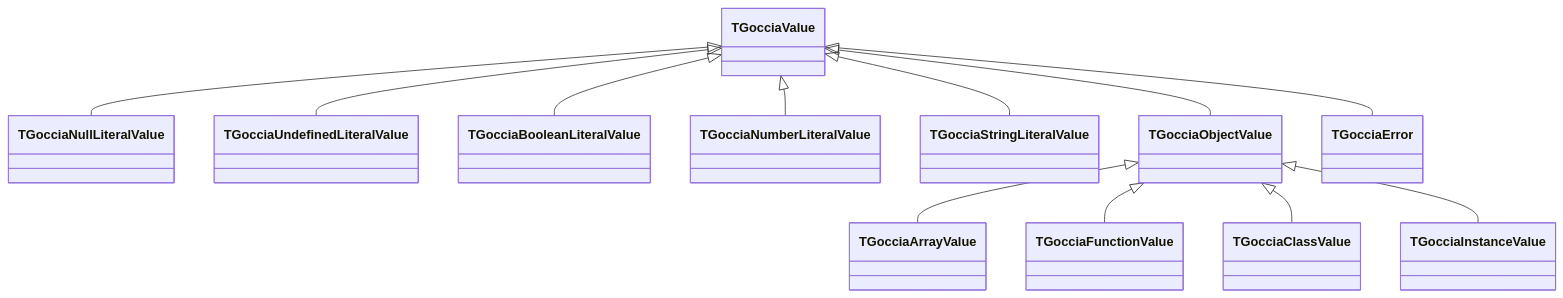
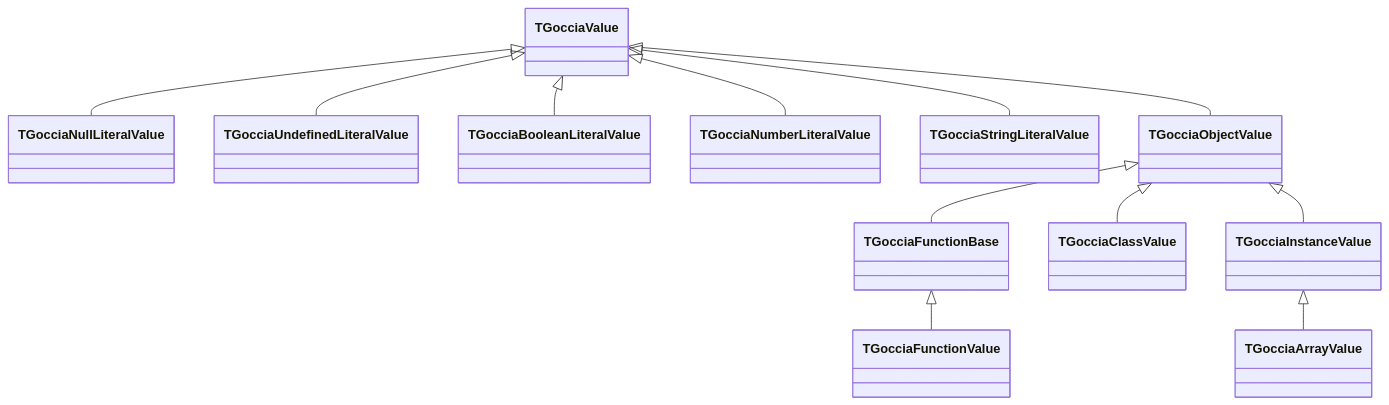
Before and after one commit to frostney/GocciaScript: the diagram in docs/core-patterns.md, drawn with Mermaid. The commit also changed other lines of this file and 4 other files, not shown here.

````diff
--- a/docs/core-patterns.md
+++ b/docs/core-patterns.md
@@ -255,15 +276,15 @@
 ```mermaid
 classDiagram
     TGocciaValue <|-- TGocciaNullLiteralValue
     TGocciaValue <|-- TGocciaUndefinedLiteralValue
     TGocciaValue <|-- TGocciaBooleanLiteralValue
     TGocciaValue <|-- TGocciaNumberLiteralValue
     TGocciaValue <|-- TGocciaStringLiteralValue
     TGocciaValue <|-- TGocciaObjectValue
-    TGocciaValue <|-- TGocciaError
 
-    TGocciaObjectValue <|-- TGocciaArrayValue
-    TGocciaObjectValue <|-- TGocciaFunctionValue
+    TGocciaObjectValue <|-- TGocciaFunctionBase
+    TGocciaFunctionBase <|-- TGocciaFunctionValue
     TGocciaObjectValue <|-- TGocciaClassValue
     TGocciaObjectValue <|-- TGocciaInstanceValue
+    TGocciaInstanceValue <|-- TGocciaArrayValue
 ```
````
